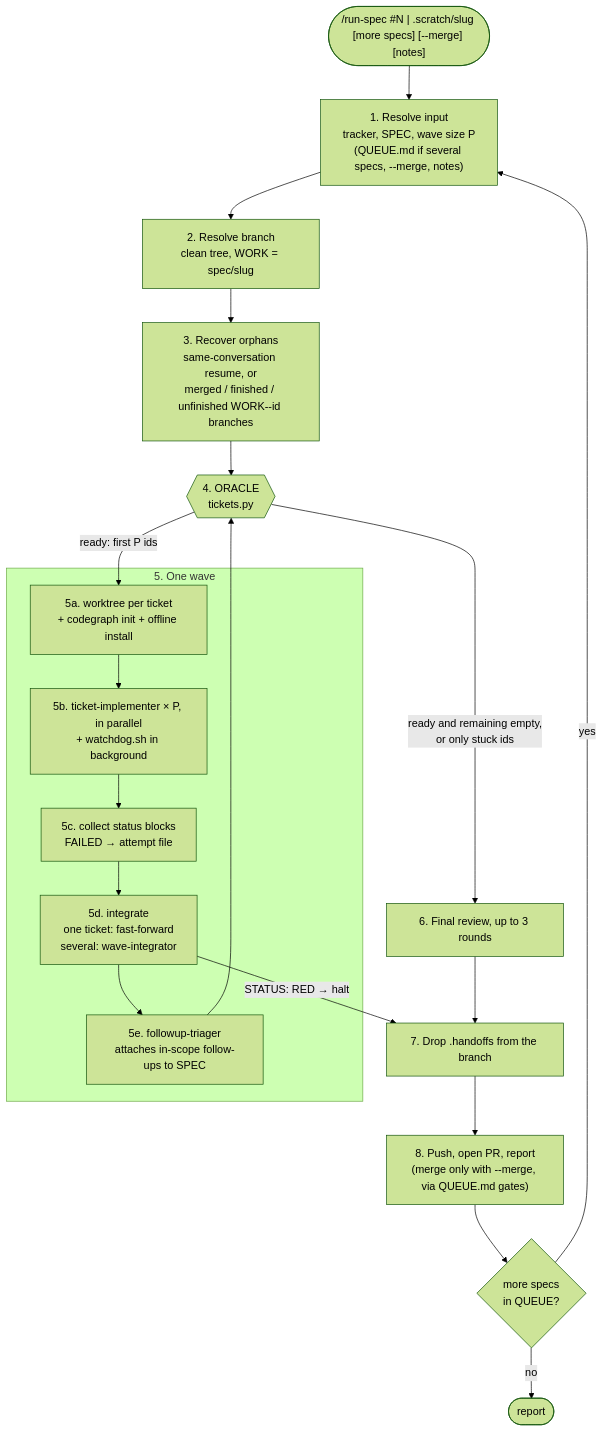
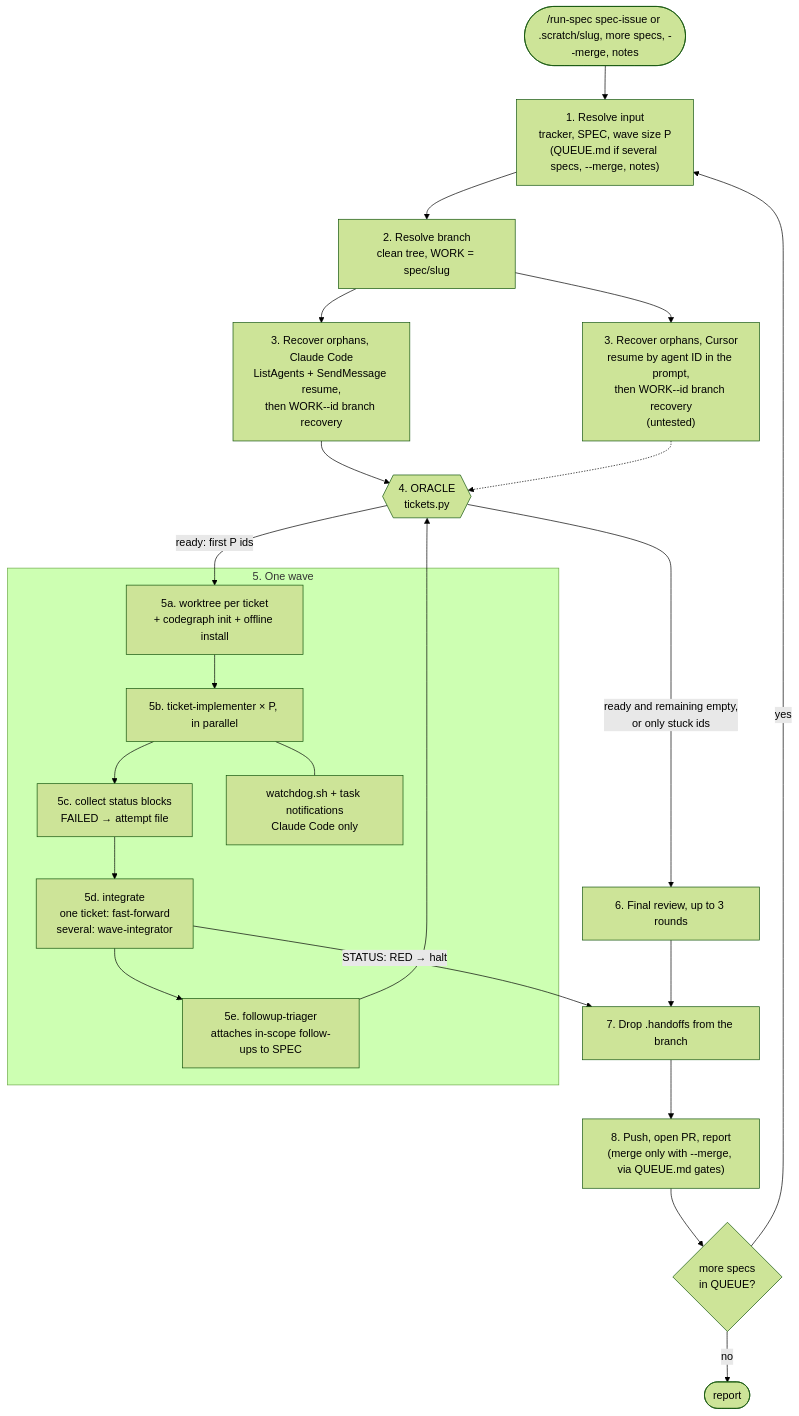
One commit to rodrigorjsf/ai-study-library changed the first of 2 diagrams in ai/skills/run-spec/README.md. Above: the diagram before and after it, drawn with Mermaid (forest theme). The commit also changed other lines of this file and 3 other files, not shown here.

First line of the commit message:
fix(run-spec): inline known dismissals, Cursor nodes in diagrams, LF endings

````diff
--- a/ai/skills/run-spec/README.md
+++ b/ai/skills/run-spec/README.md
@@ -9,24 +9,27 @@
 ```mermaid
 flowchart TB
-    IN(["/run-spec #N | .scratch/slug [more specs] [--merge] [notes]"]) --> S1
+    IN(["/run-spec spec-issue or .scratch/slug, more specs, --merge, notes"]) --> S1
     S1["1. Resolve input<br/>tracker, SPEC, wave size P<br/>(QUEUE.md if several specs, --merge, notes)"] --> S2
-    S2["2. Resolve branch<br/>clean tree, WORK = spec/slug"] --> S3
-    S3["3. Recover orphans<br/>same-conversation resume, or<br/>merged / finished / unfinished WORK--id branches"] --> S4
+    S2["2. Resolve branch<br/>clean tree, WORK = spec/slug"] --> S3CC
+    S2 --> S3CU
+    S3CC["3. Recover orphans, Claude Code<br/>ListAgents + SendMessage resume,<br/>then WORK--id branch recovery"] --> S4
+    S3CU["3. Recover orphans, Cursor<br/>resume by agent ID in the prompt,<br/>then WORK--id branch recovery<br/>(untested)"] -.-> S4
     S4{{"4. ORACLE<br/>tickets.py"}}
     S4 -- "ready: first P ids" --> S5A
     S4 -- "ready and remaining empty,<br/>or only stuck ids" --> S6
     subgraph WAVE ["5. One wave"]
         S5A["5a. worktree per ticket<br/>+ codegraph init + offline install"] --> S5B
-        S5B["5b. ticket-implementer × P, in parallel<br/>+ watchdog.sh in background"] --> S5C
+        S5B["5b. ticket-implementer × P, in parallel"] --> S5C
+        S5B --- WD["watchdog.sh + task notifications<br/>Claude Code only"]
         S5C["5c. collect status blocks<br/>FAILED → attempt file"] --> S5D
         S5D["5d. integrate<br/>one ticket: fast-forward<br/>several: wave-integrator"] --> S5E
         S5E["5e. followup-triager<br/>attaches in-scope follow-ups to SPEC"]
     end
     S5E --> S4
     S5D -- "STATUS: RED → halt" --> S7
     S6["6. Final review, up to 3 rounds"] --> S7
     S7["7. Drop .handoffs from the branch"] --> S8
     S8["8. Push, open PR, report<br/>(merge only with --merge, via QUEUE.md gates)"] --> Q{more specs<br/>in QUEUE?}
     Q -- yes --> S1
     Q -- no --> END([report])
 ```
````
